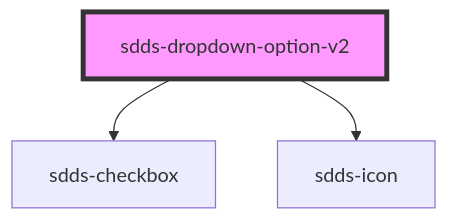
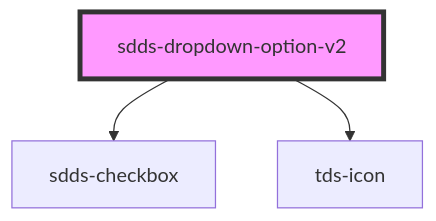
One commit to scania-digital-design-system/tegel changed the diagram in core/src/components/dropdown-v2/dropdown-option-v2/readme.md. Above: the diagram before and after it, drawn with Mermaid. The commit also changed other lines of this file and 75 other files, not shown here.

````diff
--- a/core/src/components/dropdown-v2/dropdown-option-v2/readme.md
+++ b/core/src/components/dropdown-v2/dropdown-option-v2/readme.md
@@ -46,6 +46,6 @@
 ```mermaid
 graph TD;
   sdds-dropdown-option-v2 --> sdds-checkbox
-  sdds-dropdown-option-v2 --> sdds-icon
+  sdds-dropdown-option-v2 --> tds-icon
   style sdds-dropdown-option-v2 fill:#f9f,stroke:#333,stroke-width:4px
 ```
````
